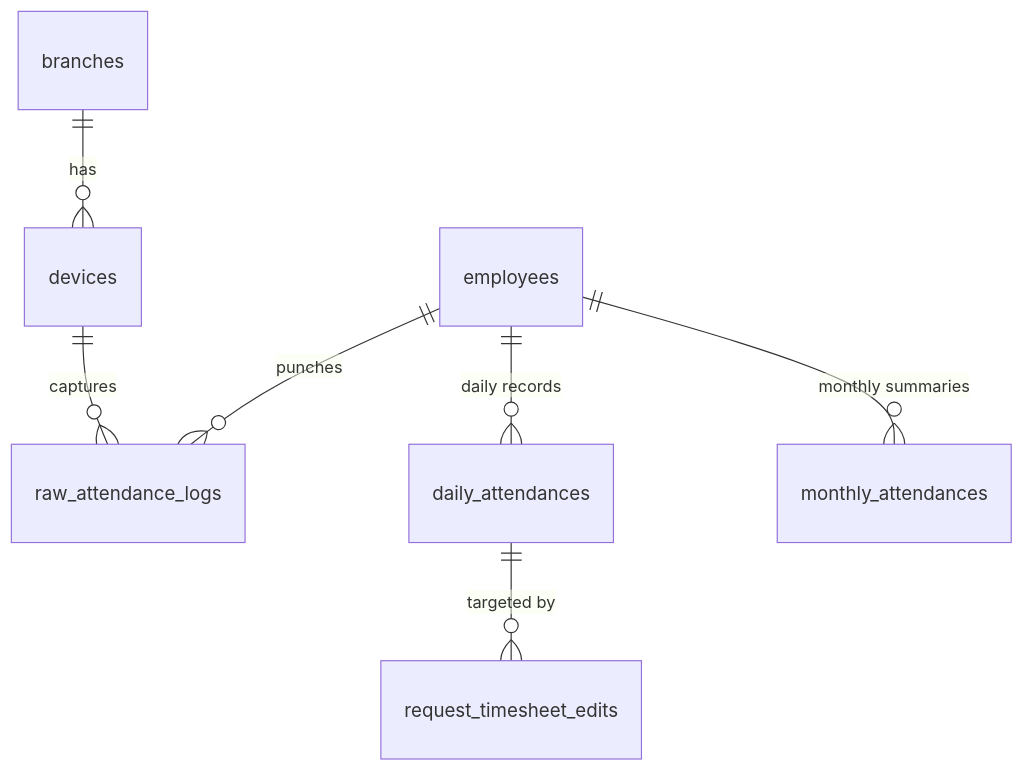
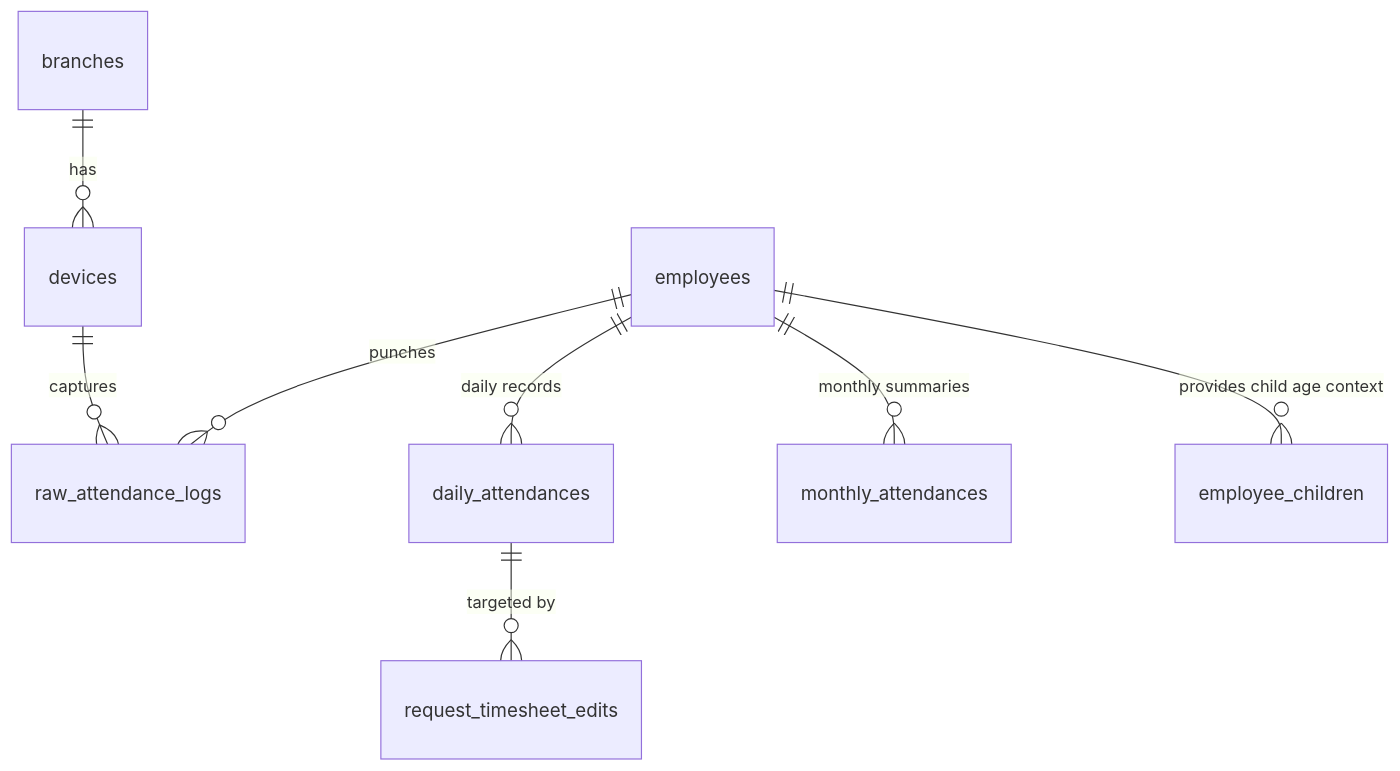
One commit to hungpd9/smartHr changed the first of 2 diagrams in docs/modules/03_attendance.md. Above: the diagram before and after it, drawn with Mermaid. The commit also changed other lines of this file and 107 other files, not shown here.

````diff
--- a/docs/modules/03_attendance.md
+++ b/docs/modules/03_attendance.md
@@ -24,9 +26,10 @@
 ```mermaid
 erDiagram
     branches ||--o{ devices : "has"
     devices ||--o{ raw_attendance_logs : "captures"
     employees ||--o{ raw_attendance_logs : "punches"
     employees ||--o{ daily_attendances : "daily records"
     employees ||--o{ monthly_attendances : "monthly summaries"
     daily_attendances ||--o{ request_timesheet_edits : "targeted by"
+    employees ||--o{ employee_children : "provides child age context"
 ```
````
